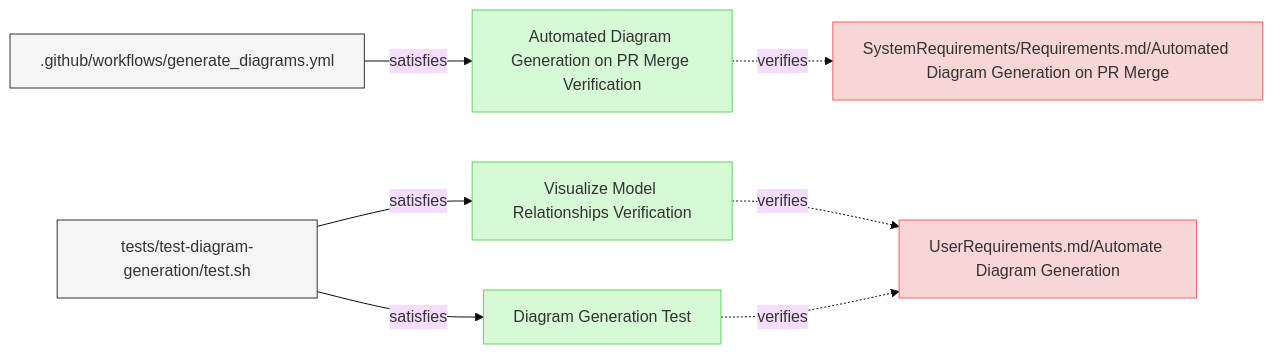
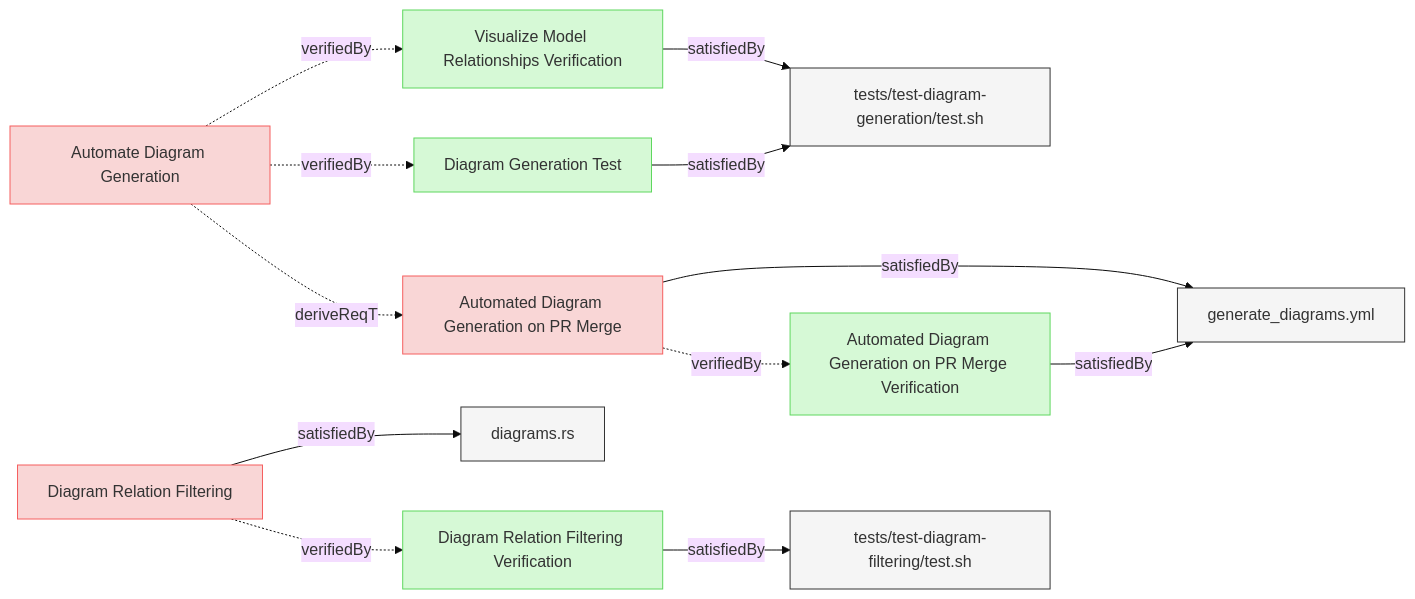
One commit to reqvire-org/reqvire changed the diagram in specifications/Verifications/DiagramsTests.md. Above: the diagram before and after it, drawn with Mermaid (base theme). The commit also changed other lines of this file and 27 other files, not shown here.

Commit message:
Diagrams update.X

````diff
--- a/specifications/Verifications/DiagramsTests.md
+++ b/specifications/Verifications/DiagramsTests.md
@@ -6,39 +6,59 @@
 ```mermaid
 graph LR;
   %% Graph styling
   classDef requirement fill:#f9d6d6,stroke:#f55f5f,stroke-width:1px;
   classDef verification fill:#d6f9d6,stroke:#5fd75f,stroke-width:1px;
   classDef externalLink fill:#d0e0ff,stroke:#3080ff,stroke-width:1px;
   classDef default fill:#f5f5f5,stroke:#333333,stroke-width:1px;
 
+  de8ab093f22a5cd7["Visualize Model Relationships Verification"];
+  class de8ab093f22a5cd7 verification;
+  click de8ab093f22a5cd7 "DiagramsTests.md#visualize-model-relationships-verification";
+  3df49fd1a91c3db7["tests/test-diagram-generation/test.sh"];
+  class 3df49fd1a91c3db7 default;
+  click 3df49fd1a91c3db7 "../../tests/test-diagram-generation/test.sh";
+  de8ab093f22a5cd7 -->|satisfiedBy| 3df49fd1a91c3db7;
+  2d2cf67bb8070da8["Diagram Generation Test"];
+  class 2d2cf67bb8070da8 verification;
+  click 2d2cf67bb8070da8 "DiagramsTests.md#diagram-generation-test";
+  3df49fd1a91c3db7["tests/test-diagram-generation/test.sh"];
+  class 3df49fd1a91c3db7 default;
+  click 3df49fd1a91c3db7 "../../tests/test-diagram-generation/test.sh";
+  2d2cf67bb8070da8 -->|satisfiedBy| 3df49fd1a91c3db7;
+  ba2fd3fb7c42cdb3["Diagram Relation Filtering Verification"];
+  class ba2fd3fb7c42cdb3 verification;
+  click ba2fd3fb7c42cdb3 "DiagramsTests.md#diagram-relation-filtering-verification";
+  f6a73030d877fc0f["tests/test-diagram-filtering/test.sh"];
+  class f6a73030d877fc0f default;
+  click f6a73030d877fc0f "../../tests/test-diagram-filtering/test.sh";
+  ba2fd3fb7c42cdb3 -->|satisfiedBy| f6a73030d877fc0f;
   f8849dfe948d04fa["Automated Diagram Generation on PR Merge Verification"];
   class f8849dfe948d04fa verification;
   click f8849dfe948d04fa "DiagramsTests.md#automated-diagram-generation-on-pr-merge-verification";
-  3e3df7ad427a88fa["SystemRequirements/Requirements.md/Automated Diagram Generation on PR Merge"];
-  class 3e3df7ad427a88fa requirement;
-  click 3e3df7ad427a88fa "../SystemRequirements/Requirements.md#automated-diagram-generation-on-pr-merge";
-  f8849dfe948d04fa -.->|verifies| 3e3df7ad427a88fa;
   98af8a1cf9c86822[".github/workflows/generate_diagrams.yml"];
   class 98af8a1cf9c86822 default;
   click 98af8a1cf9c86822 "../../.github/workflows/generate_diagrams.yml";
-  98af8a1cf9c86822 -->|satisfies| f8849dfe948d04fa;
-  de8ab093f22a5cd7["Visualize Model Relationships Verification"];
-  class de8ab093f22a5cd7 verification;
-  click de8ab093f22a5cd7 "DiagramsTests.md#visualize-model-relationships-verification";
-  98a581084d5542fa["UserRequirements.md/Automate Diagram Generation"];
+  f8849dfe948d04fa -->|satisfiedBy| 98af8a1cf9c86822;
+  7f86e99e7804366a["Diagram Relation Filtering"];
+  class 7f86e99e7804366a requirement;
+  click 7f86e99e7804366a "../SystemRequirements/Requirements.md#diagram-relation-filtering";
+  dad7eeb932afdb92["diagrams.rs"];
+  class dad7eeb932afdb92 default;
+  click dad7eeb932afdb92 "../../core/src/diagrams.rs";
+  7f86e99e7804366a -->|satisfiedBy| dad7eeb932afdb92;
+  7f86e99e7804366a -.->|verifiedBy| ba2fd3fb7c42cdb3;
+  98a581084d5542fa["Automate Diagram Generation"];
   class 98a581084d5542fa requirement;
   click 98a581084d5542fa "../UserRequirements.md#automate-diagram-generation";
-  de8ab093f22a5cd7 -.->|verifies| 98a581084d5542fa;
-  3df49fd1a91c3db7["tests/test-diagram-generation/test.sh"];
-  class 3df49fd1a91c3db7 default;
-  click 3df49fd1a91c3db7 "../../tests/test-diagram-generation/test.sh";
-  3df49fd1a91c3db7 -->|satisfies| de8ab093f22a5cd7;
-  2d2cf67bb8070da8["Diagram Generation Test"];
-  class 2d2cf67bb8070da8 verification;
-  click 2d2cf67bb8070da8 "DiagramsTests.md#diagram-generation-test";
-  2d2cf67bb8070da8 -.->|verifies| 98a581084d5542fa;
-  3df49fd1a91c3db7["tests/test-diagram-generation/test.sh"];
-  class 3df49fd1a91c3db7 default;
-  click 3df49fd1a91c3db7 "../../tests/test-diagram-generation/test.sh";
-  3df49fd1a91c3db7 -->|satisfies| 2d2cf67bb8070da8;
+  98a581084d5542fa -.->|verifiedBy| de8ab093f22a5cd7;
+  98a581084d5542fa -.->|verifiedBy| 2d2cf67bb8070da8;
+  3e3df7ad427a88fa["Automated Diagram Generation on PR Merge"];
+  class 3e3df7ad427a88fa requirement;
+  click 3e3df7ad427a88fa "../SystemRequirements/Requirements.md#automated-diagram-generation-on-pr-merge";
+  98a581084d5542fa -.->|deriveReqT| 3e3df7ad427a88fa;
+  98af8a1cf9c86822["generate_diagrams.yml"];
+  class 98af8a1cf9c86822 default;
+  click 98af8a1cf9c86822 "../../.github/workflows/generate_diagrams.yml";
+  3e3df7ad427a88fa -->|satisfiedBy| 98af8a1cf9c86822;
+  3e3df7ad427a88fa -.->|verifiedBy| f8849dfe948d04fa;
 ```
````
